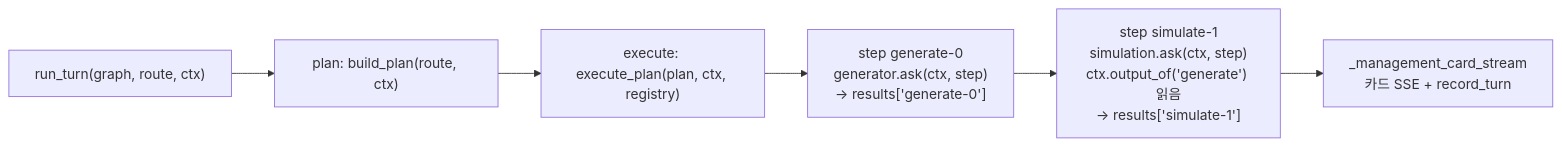
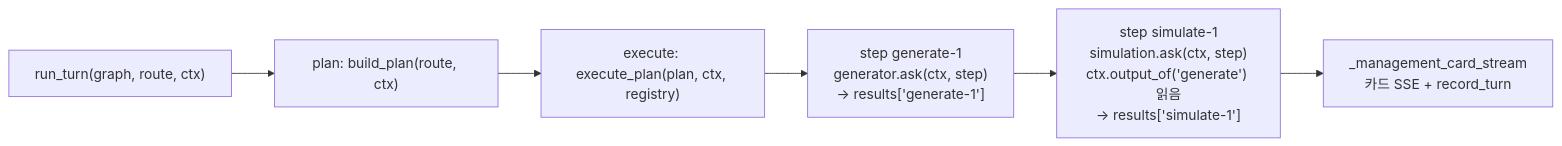
The diagram in docs/superpowers/specs/2026-06-26-s2-multistep-orchestration-design.md (cclickstudio/click-me), drawn with Mermaid before and after one commit. The commit also changed other lines of this file, not shown here.

Commit message:
fix: S2 스펙 정합 — step.id action별 1-based 통일·게이트B build_plan 빈Plan 가드

````diff
--- a/docs/superpowers/specs/2026-06-26-s2-multistep-orchestration-design.md
+++ b/docs/superpowers/specs/2026-06-26-s2-multistep-orchestration-design.md
@@ -100,8 +101,8 @@
 ```mermaid
 flowchart LR
     rt["run_turn(graph, route, ctx)"] --> bp["plan: build_plan(route, ctx)"]
     bp --> ep["execute: execute_plan(plan, ctx, registry)"]
-    ep --> s1["step generate-0<br/>generator.ask(ctx, step)<br/>→ results['generate-0']"]
+    ep --> s1["step generate-1<br/>generator.ask(ctx, step)<br/>→ results['generate-1']"]
     s1 --> s2["step simulate-1<br/>simulation.ask(ctx, step)<br/>ctx.output_of('generate') 읽음<br/>→ results['simulate-1']"]
     s2 --> card["_management_card_stream<br/>카드 SSE + record_turn"]
 ```
````
